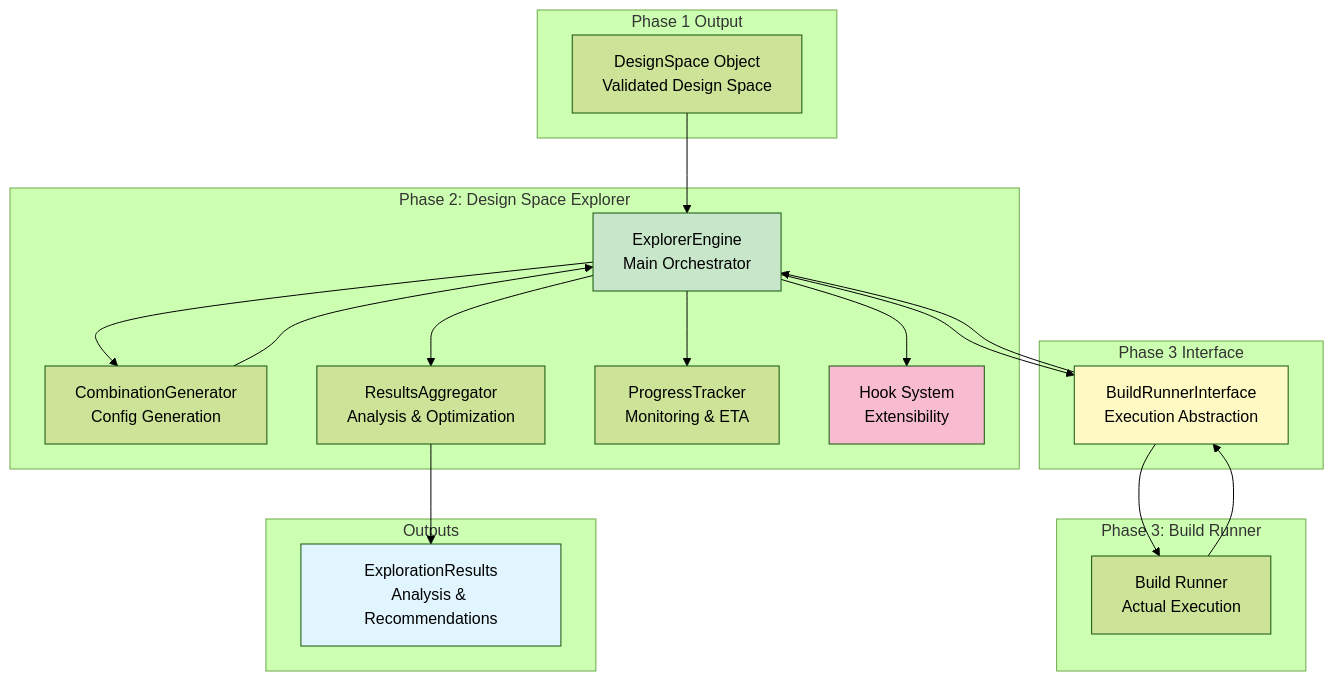
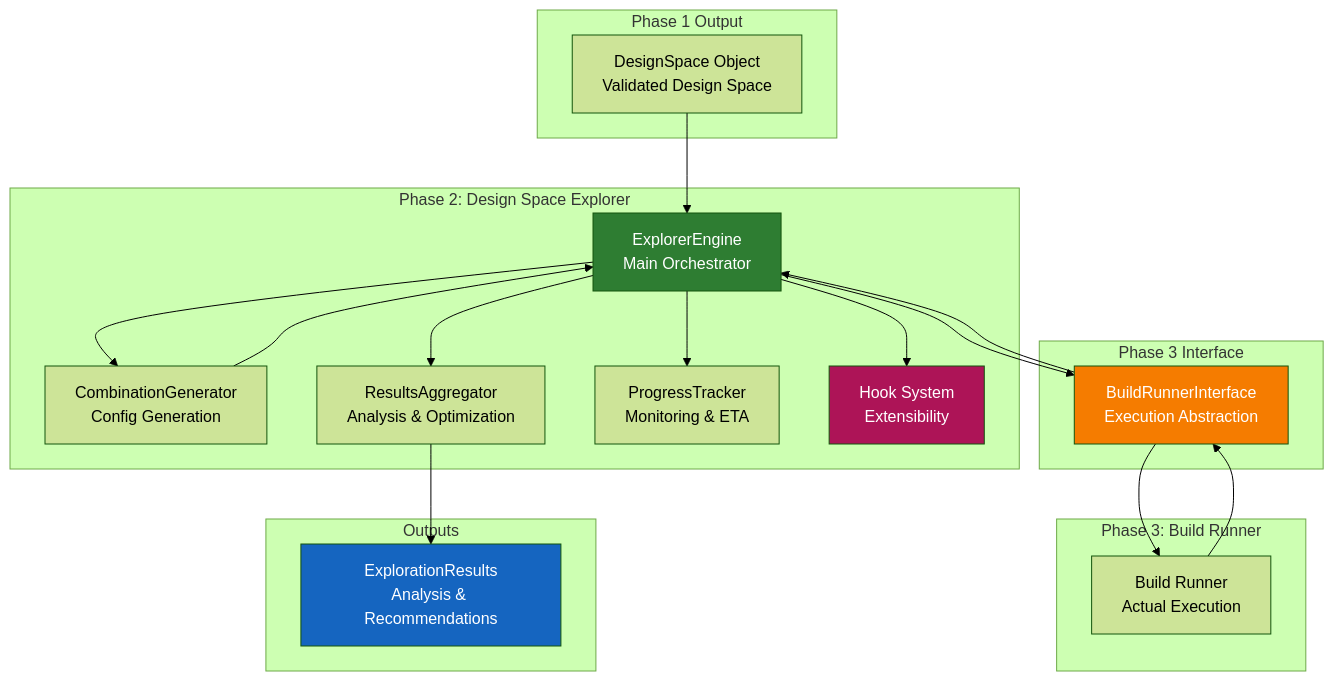
The first of 9 diagrams in brainsmith/core/phase2/PHASE2_ARCHITECTURE.md (microsoft/Brainsmith), drawn with Mermaid (forest theme) before and after one commit. The commit also changed other lines of this file and 40 other files, not shown here.

````diff
--- a/brainsmith/core/phase2/PHASE2_ARCHITECTURE.md
+++ b/brainsmith/core/phase2/PHASE2_ARCHITECTURE.md
@@ -22,43 +22,43 @@
 ```mermaid
 graph TB
     subgraph "Phase 1 Output"
         DS[DesignSpace Object<br/>Validated Design Space]
     end
     
     subgraph "Phase 2: Design Space Explorer"
         EXP[ExplorerEngine<br/>Main Orchestrator]
         CG[CombinationGenerator<br/>Config Generation]
         AGG[ResultsAggregator<br/>Analysis & Optimization]
         PT[ProgressTracker<br/>Monitoring & ETA]
         HS[Hook System<br/>Extensibility]
     end
     
     subgraph "Phase 3 Interface"
         BRI[BuildRunnerInterface<br/>Execution Abstraction]
     end
     
     subgraph "Phase 3: Build Runner"
         BR[Build Runner<br/>Actual Execution]
     end
     
     subgraph "Outputs"
         ER[ExplorationResults<br/>Analysis & Recommendations]
     end
     
     DS --> EXP
     EXP --> CG
     CG --> EXP
     EXP --> BRI
     BRI --> BR
     BR --> BRI
     BRI --> EXP
     EXP --> AGG
     EXP --> PT
     EXP --> HS
     AGG --> ER
     
-    style EXP fill:#c8e6c9
-    style ER fill:#e1f5fe
-    style BRI fill:#fff9c4
-    style HS fill:#f8bbd0
+    style EXP fill:#2e7d32,color:#fff
+    style ER fill:#1565c0,color:#fff
+    style BRI fill:#f57c00,color:#fff
+    style HS fill:#ad1457,color:#fff
 ```
````
